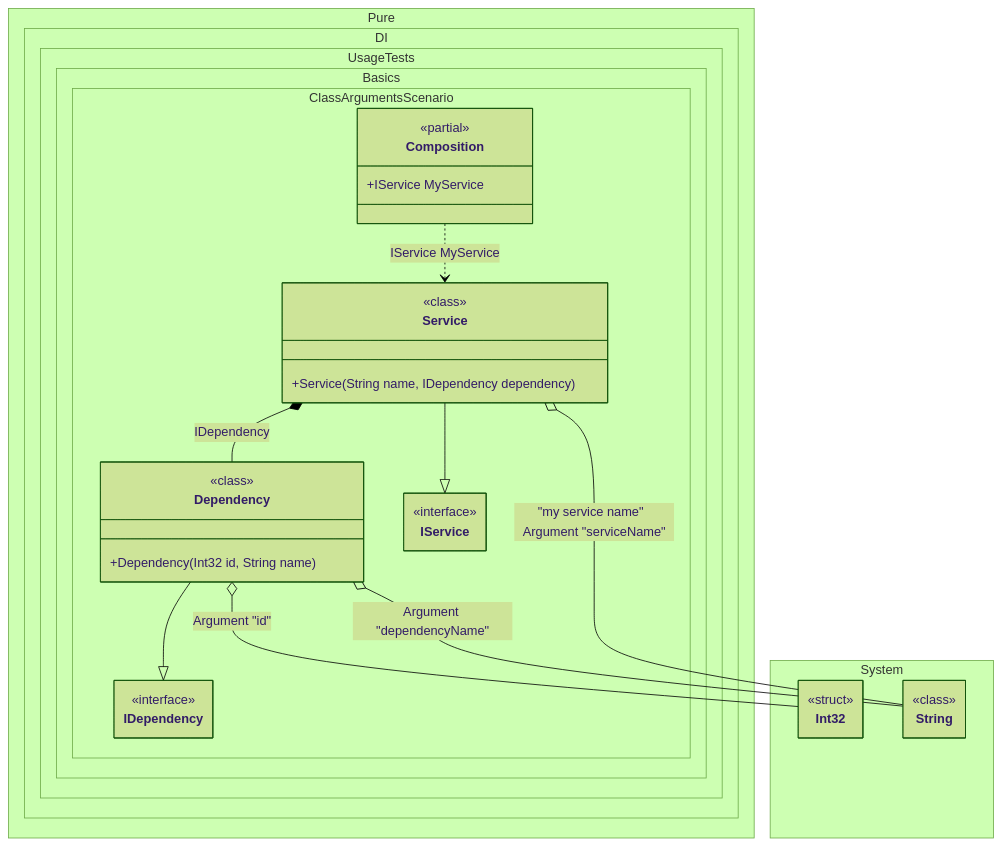
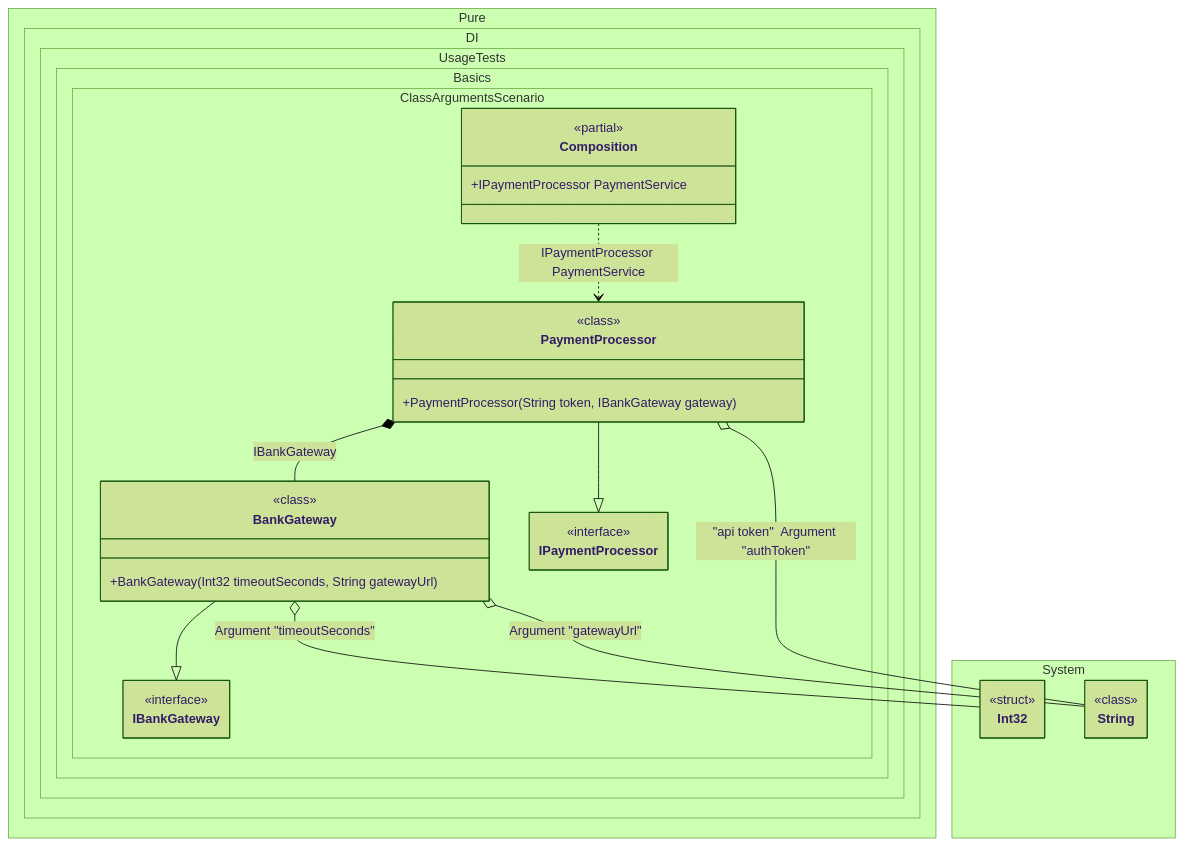
One commit to DevTeam/Pure.DI changed the diagram in readme/class-arguments.md. Above: the diagram before and after it, drawn with Mermaid (forest theme). The commit also changed other lines of this file and 126 other files, not shown here.

````diff
--- a/readme/class-arguments.md
+++ b/readme/class-arguments.md
@@ -146,45 +151,45 @@
 ```mermaid
 ---
  config:
   maxTextSize: 2147483647
   maxEdges: 2147483647
   class:
    hideEmptyMembersBox: true
 ---
 classDiagram
-	Dependency --|> IDependency
-	Service --|> IService
-	Composition ..> Service : IService MyService
-	Dependency o-- Int32 : Argument "id"
-	Dependency o-- String : Argument "dependencyName"
-	Service *--  Dependency : IDependency
-	Service o-- String : "my service name"  Argument "serviceName"
+	BankGateway --|> IBankGateway
+	PaymentProcessor --|> IPaymentProcessor
+	Composition ..> PaymentProcessor : IPaymentProcessor PaymentService
+	BankGateway o-- Int32 : Argument "timeoutSeconds"
+	BankGateway o-- String : Argument "gatewayUrl"
+	PaymentProcessor *--  BankGateway : IBankGateway
+	PaymentProcessor o-- String : "api token"  Argument "authToken"
 	namespace Pure.DI.UsageTests.Basics.ClassArgumentsScenario {
+		class BankGateway {
+				<<class>>
+			+BankGateway(Int32 timeoutSeconds, String gatewayUrl)
+		}
 		class Composition {
 		<<partial>>
-		+IService MyService
+		+IPaymentProcessor PaymentService
 		}
-		class Dependency {
-				<<class>>
-			+Dependency(Int32 id, String name)
-		}
-		class IDependency {
+		class IBankGateway {
 			<<interface>>
 		}
-		class IService {
+		class IPaymentProcessor {
 			<<interface>>
 		}
-		class Service {
+		class PaymentProcessor {
 				<<class>>
-			+Service(String name, IDependency dependency)
+			+PaymentProcessor(String token, IBankGateway gateway)
 		}
 	}
 	namespace System {
 		class Int32 {
 				<<struct>>
 		}
 		class String {
 				<<class>>
 		}
 	}
 ```
````
